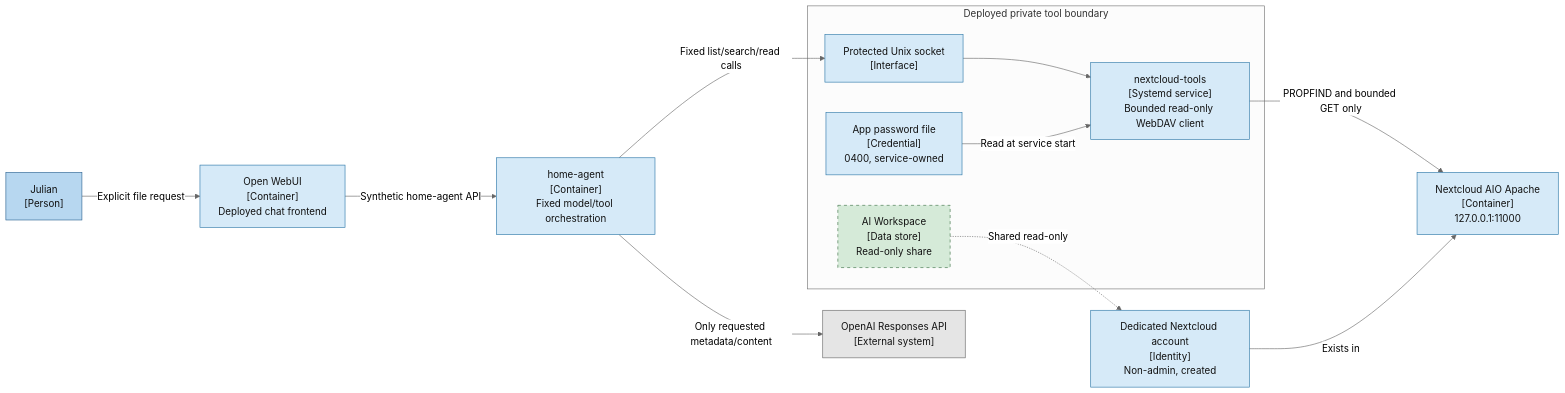
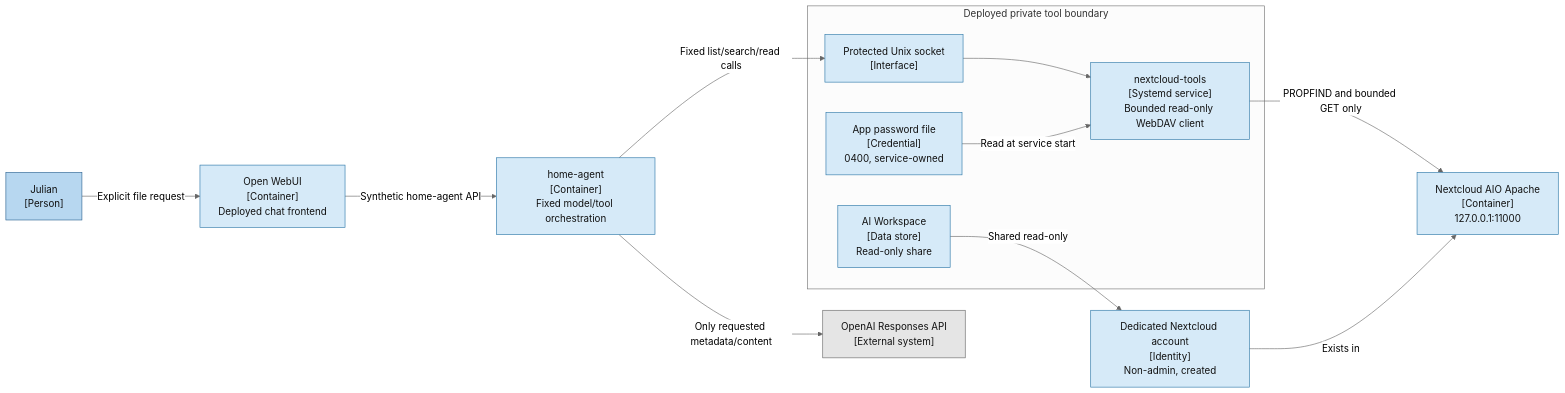
One commit to KandlerLi/home-infra-docs changed the diagram in docs/architecture/proposed/nextcloud-tools.md. Above: the diagram before and after it, drawn with Mermaid (neutral theme). The commit also changed other lines of this file and 5 other files, not shown here.

````diff
--- a/docs/architecture/proposed/nextcloud-tools.md
+++ b/docs/architecture/proposed/nextcloud-tools.md
@@ -7,37 +7,36 @@
 ```mermaid
 flowchart LR
     user["Julian<br/>[Person]"]
     webui["Open WebUI<br/>[Container]<br/>Deployed chat frontend"]
     agent["home-agent<br/>[Container]<br/>Fixed model/tool orchestration"]
 
     subgraph deployed["Deployed private tool boundary"]
         socket["Protected Unix socket<br/>[Interface]"]
         tools["nextcloud-tools<br/>[Systemd service]<br/>Bounded read-only WebDAV client"]
         credential["App password file<br/>[Credential]<br/>0400, service-owned"]
         folder["AI Workspace<br/>[Data store]<br/>Read-only share"]
     end
 
     nextcloud["Nextcloud AIO Apache<br/>[Container]<br/>127.0.0.1:11000"]
     account["Dedicated Nextcloud account<br/>[Identity]<br/>Non-admin, created"]
     model["OpenAI Responses API<br/>[External system]"]
 
     user -->|"Explicit file request"| webui
     webui -->|"Synthetic home-agent API"| agent
     agent -->|"Fixed list/search/read calls"| socket
     socket --> tools
     credential -->|"Read at service start"| tools
     tools -->|"PROPFIND and bounded GET only"| nextcloud
     account -->|"Exists in"| nextcloud
-    folder -.->|"Shared read-only"| account
+    folder -->|"Shared read-only"| account
     agent -->|"Only requested metadata/content"| model
 
     classDef person fill:#b7d7f0,color:#111,stroke:#286090
     classDef current fill:#d6eaf8,color:#111,stroke:#2874a6
     classDef proposed fill:#f7ecd0,color:#111,stroke:#9a7b24,stroke-dasharray: 5 5
-    classDef datastore fill:#d5ead8,color:#111,stroke:#3b7044,stroke-dasharray: 5 5
     classDef external fill:#e5e5e5,color:#111,stroke:#666
     class user person
     class webui,agent,nextcloud,account,socket,tools,credential current
-    class folder datastore
+    class folder current
     class model external
 ```
````
